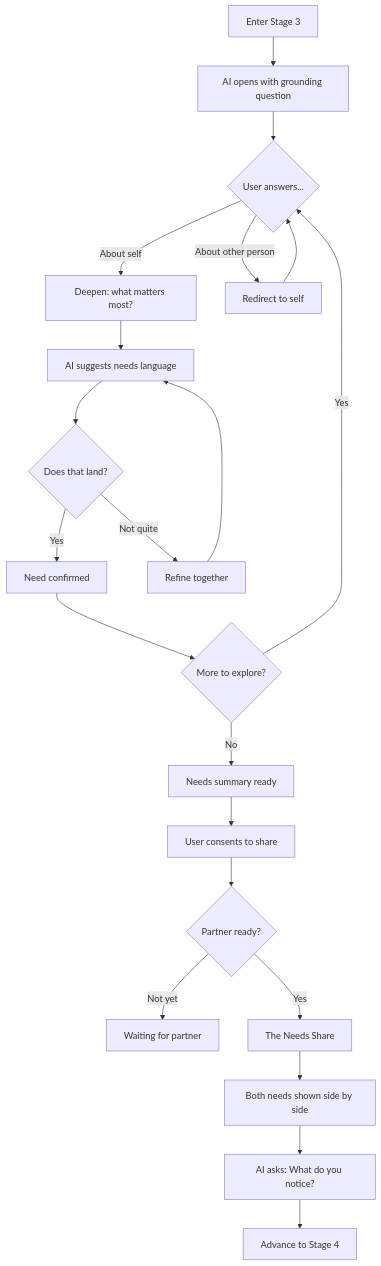
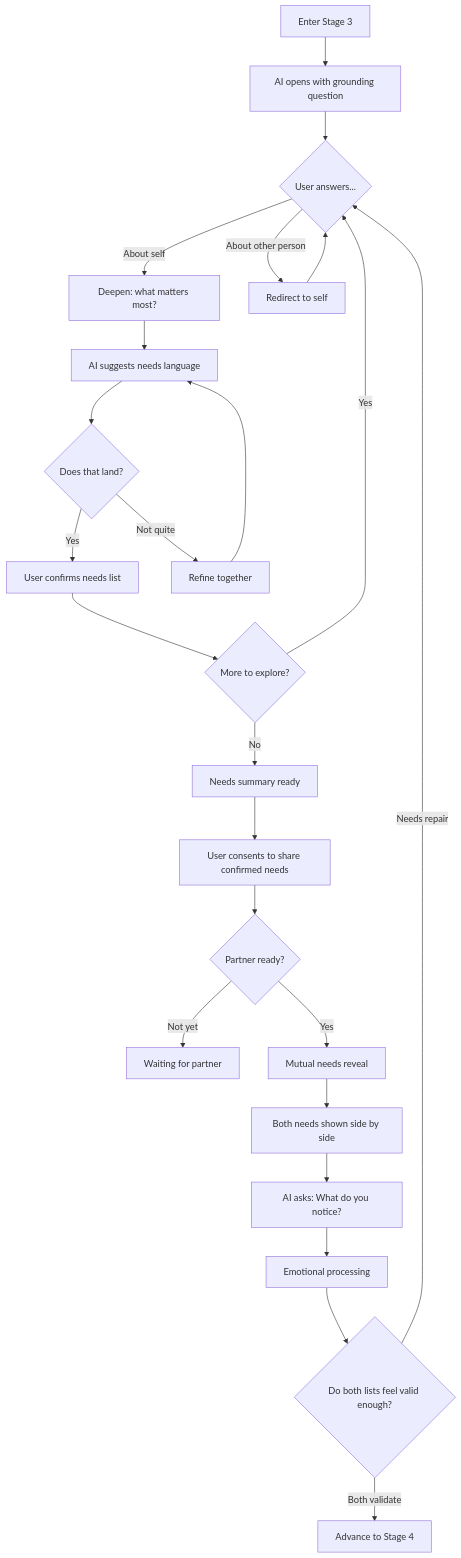
Before and after one commit to shantamg/meet-without-fear: the diagram in docs/product/stages/stage-3-what-matters.md, drawn with Mermaid. The commit also changed other lines of this file and 21 other files, not shown here.

Commit message:
Clean up Stage 3 needs reveal drift

````diff
--- a/docs/product/stages/stage-3-what-matters.md
+++ b/docs/product/stages/stage-3-what-matters.md
@@ -28,29 +28,32 @@
 ```mermaid
 flowchart TD
     Enter[Enter Stage 3] --> Open[AI opens with grounding question]
 
     Open --> Explore{User answers...}
     Explore -->|About self| Deepen[Deepen: what matters most?]
     Explore -->|About other person| Redirect[Redirect to self]
 
     Redirect --> Explore
 
     Deepen --> Suggest[AI suggests needs language]
     Suggest --> Check{Does that land?}
-    Check -->|Yes| Confirm[Need confirmed]
+    Check -->|Yes| Confirm[User confirms needs list]
     Check -->|Not quite| Refine[Refine together]
     Refine --> Suggest
 
     Confirm --> More{More to explore?}
     More -->|Yes| Explore
     More -->|No| Summary[Needs summary ready]
 
-    Summary --> Consent[User consents to share]
+    Summary --> Consent[User consents to share confirmed needs]
     Consent --> Wait{Partner ready?}
     Wait -->|Not yet| Waiting[Waiting for partner]
-    Wait -->|Yes| NeedsShare[The Needs Share]
+    Wait -->|Yes| NeedsShare[Mutual needs reveal]
 
     NeedsShare --> SideBySide[Both needs shown side by side]
     SideBySide --> Notice[AI asks: What do you notice?]
-    Notice --> Stage4[Advance to Stage 4]
+    Notice --> Process[Emotional processing]
+    Process --> Validate{Do both lists feel valid enough?}
+    Validate -->|Needs repair| Explore
+    Validate -->|Both validate| Stage4[Advance to Stage 4]
 ```
````
